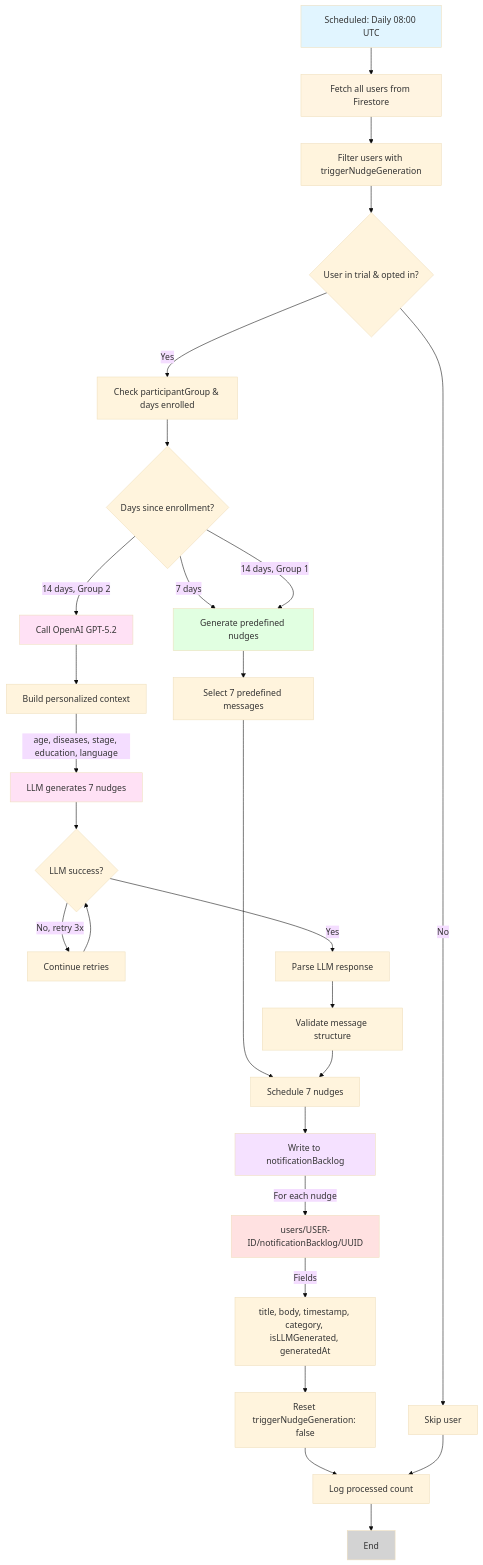
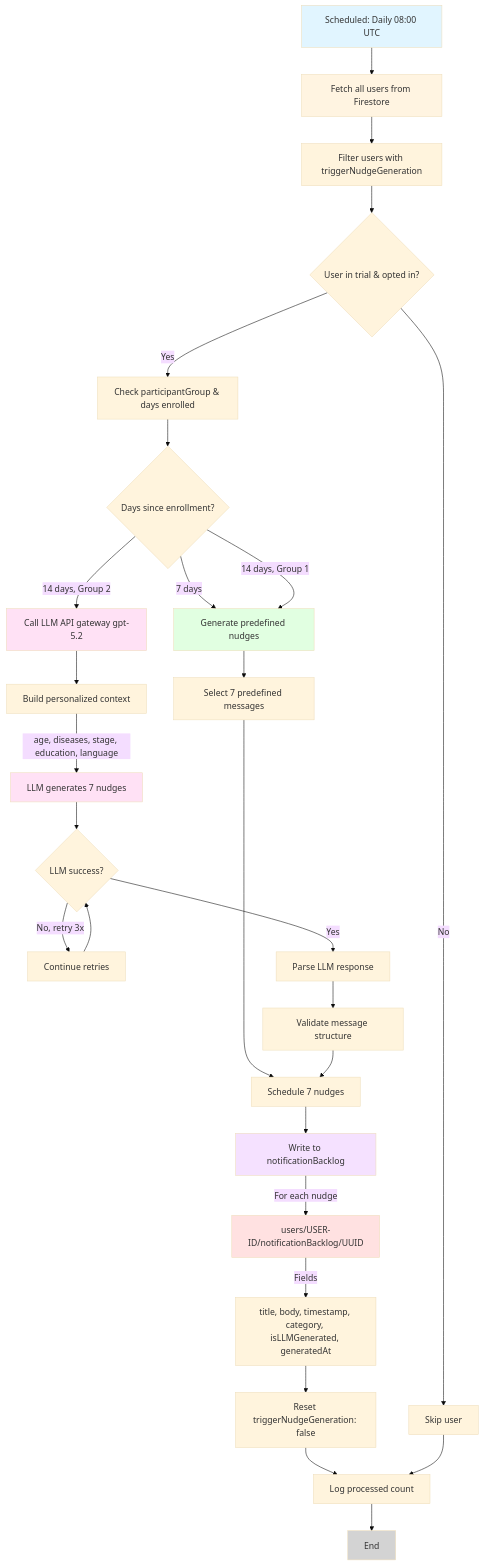
Before and after one commit to SchmiedmayerLab/MyHeartCounts-Firebase: the third of 8 diagrams in README.md, drawn with Mermaid (base theme). The commit also changed 5 other files, not shown here.

````diff
--- a/README.md
+++ b/README.md
@@ -355,43 +355,43 @@
 ```mermaid
 flowchart TD
     A[Scheduled: Daily 08:00 UTC] --> B[Fetch all users from Firestore]
     B --> C[Filter users with triggerNudgeGeneration]
     C --> D{User in trial & opted in?}
     D -->|No| E[Skip user]
     D -->|Yes| F[Check participantGroup & days enrolled]
 
     F --> G{Days since enrollment?}
     G -->|7 days| H[Generate predefined nudges]
     G -->|14 days, Group 1| H
-    G -->|14 days, Group 2| I[Call OpenAI GPT-5.2]
+    G -->|14 days, Group 2| I[Call LLM API gateway gpt-5.2]
 
     I --> J[Build personalized context]
     J -->|age, diseases, stage, education, language| K[LLM generates 7 nudges]
     K --> L{LLM success?}
     L -->|No, retry 3x| M[Continue retries]
     M --> L
     L -->|Yes| N[Parse LLM response]
 
     H --> O[Select 7 predefined messages]
     N --> P[Validate message structure]
     O --> Q[Schedule 7 nudges]
     P --> Q
 
     Q --> R[Write to notificationBacklog]
     R -->|For each nudge| S[users/USER-ID/notificationBacklog/UUID]
     S -->|Fields| T[title, body, timestamp, category, isLLMGenerated, generatedAt]
 
     T --> U[Reset triggerNudgeGeneration: false]
     U --> V[Log processed count]
     E --> V
     V --> W[End]
 
     style A fill:#e1f5ff
     style B fill:#fff4e1
     style I fill:#ffe1f5
     style K fill:#ffe1f5
     style H fill:#e1ffe1
     style R fill:#f5e1ff
     style S fill:#ffe1e1
     style W fill:#d3d3d3
 ```
````
